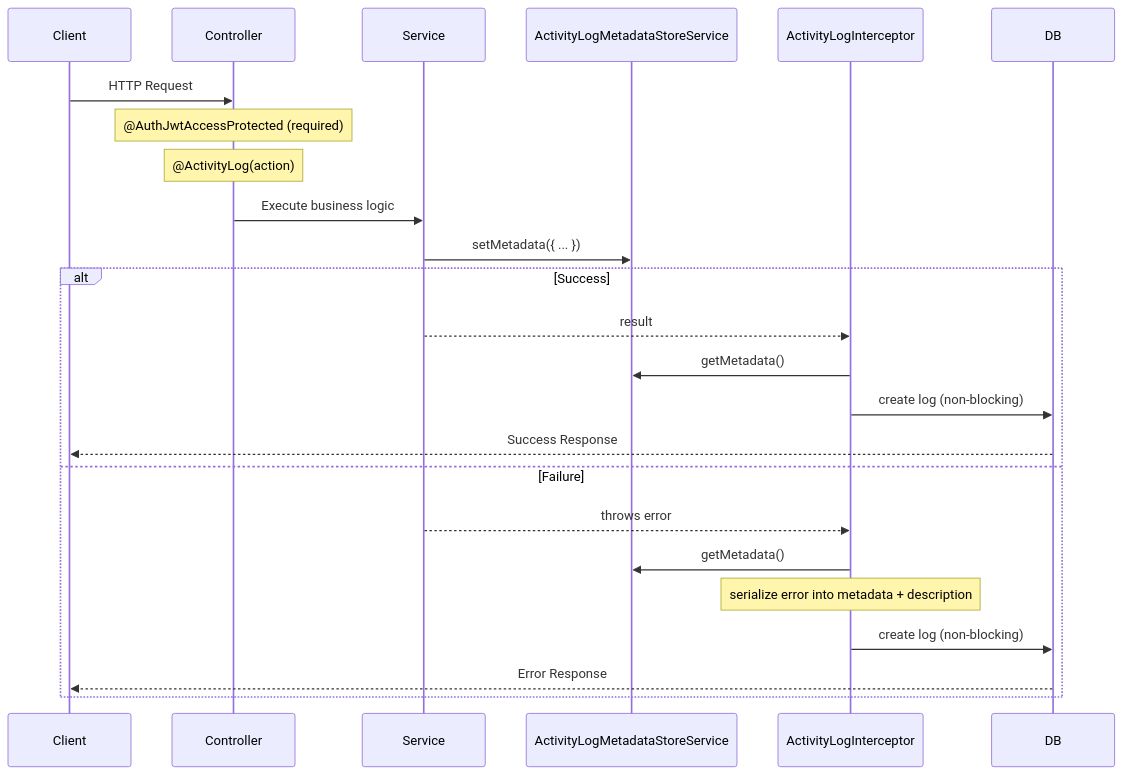
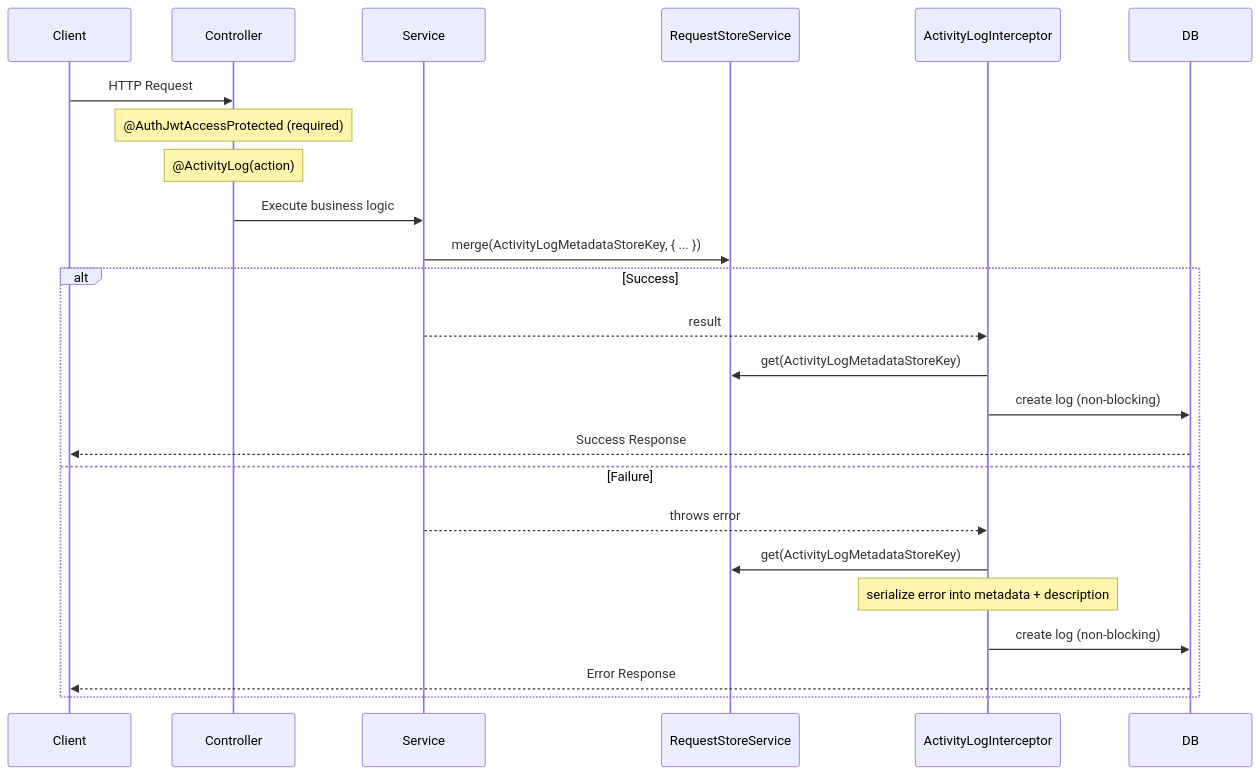
The diagram in docs/activity-log.md (andrechristikan/ack-nestjs-boilerplate), drawn with Mermaid before and after one commit. The commit also changed other lines of this file and 62 other files, not shown here.

Commit message:
feat: implement nest cls over auth, api key, role, policy, and activity log

````diff
--- a/docs/activity-log.md
+++ b/docs/activity-log.md
@@ -57,27 +57,27 @@
 ```mermaid
 sequenceDiagram
     participant Client
     participant Controller
     participant Service
-    participant Storage as ActivityLogMetadataStoreService
+    participant Storage as RequestStoreService
     participant Interceptor as ActivityLogInterceptor
     participant DB
 
     Client->>Controller: HTTP Request
     Note over Controller: @AuthJwtAccessProtected (required)
     Note over Controller: @ActivityLog(action)
     Controller->>Service: Execute business logic
-    Service->>Storage: setMetadata({ ... })
+    Service->>Storage: merge(ActivityLogMetadataStoreKey, { ... })
     alt Success
         Service-->>Interceptor: result
-        Interceptor->>Storage: getMetadata()
+        Interceptor->>Storage: get(ActivityLogMetadataStoreKey)
         Interceptor->>DB: create log (non-blocking)
         DB-->>Client: Success Response
     else Failure
         Service-->>Interceptor: throws error
-        Interceptor->>Storage: getMetadata()
+        Interceptor->>Storage: get(ActivityLogMetadataStoreKey)
         Note over Interceptor: serialize error into metadata + description
         Interceptor->>DB: create log (non-blocking)
         DB-->>Client: Error Response
     end
 ```
````
